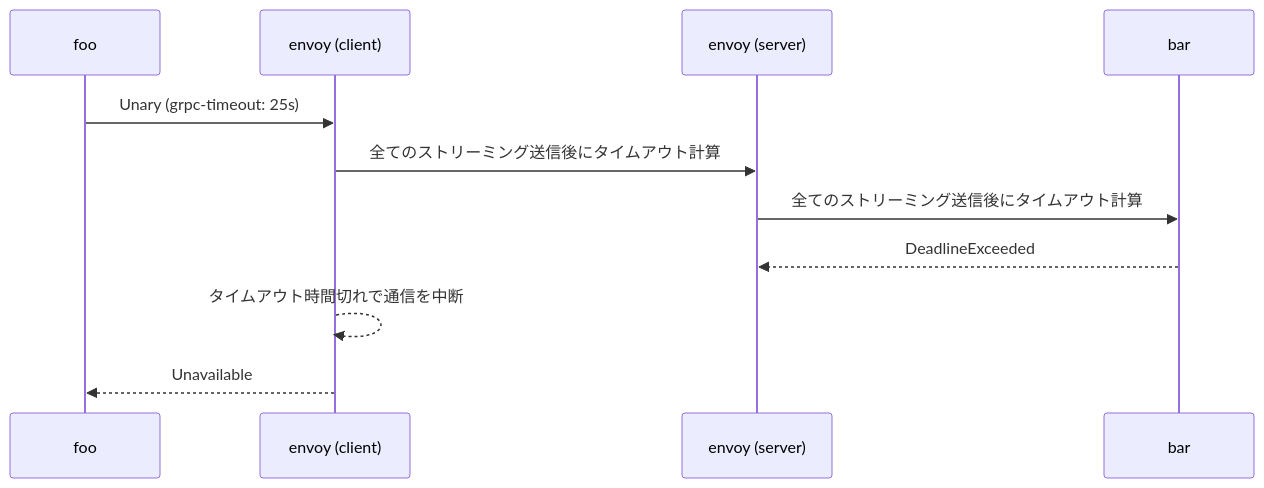
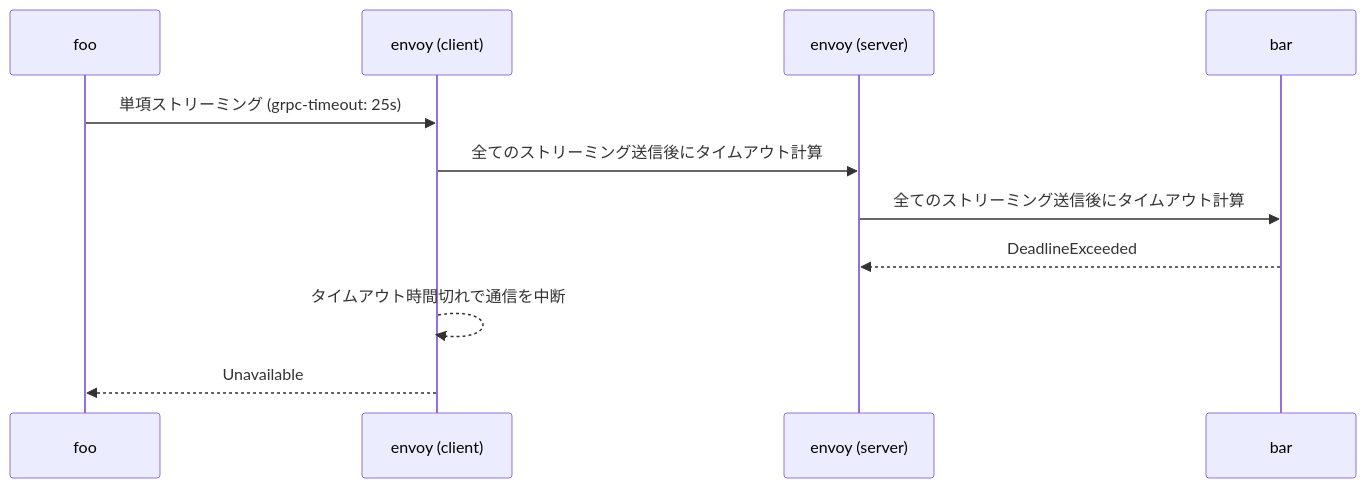
One commit to hiroki-it/tech-notebook changed the second of 2 diagrams in docs/software/software_middleware_service_mesh_envoy_envoy_yaml.md. Above: the diagram before and after it, drawn with Mermaid. The commit also changed other lines of this file, not shown here.

````diff
--- a/docs/software/software_middleware_service_mesh_envoy_envoy_yaml.md
+++ b/docs/software/software_middleware_service_mesh_envoy_envoy_yaml.md
@@ -371,11 +375,11 @@
 ```mermaid
 sequenceDiagram
 
-    foo->>envoy (client): Unary (grpc-timeout: 25s)
+    foo->>envoy (client): 単項ストリーミング (grpc-timeout: 25s)
     envoy (client)->>envoy (server): 全てのストリーミング送信後にタイムアウト計算
     envoy (server)->>bar: 全てのストリーミング送信後にタイムアウト計算
 
     bar-->>envoy (server): DeadlineExceeded
     envoy (client)-->>envoy (client): タイムアウト時間切れで通信を中断
     envoy (client)-->>foo: Unavailable
 ```
````
